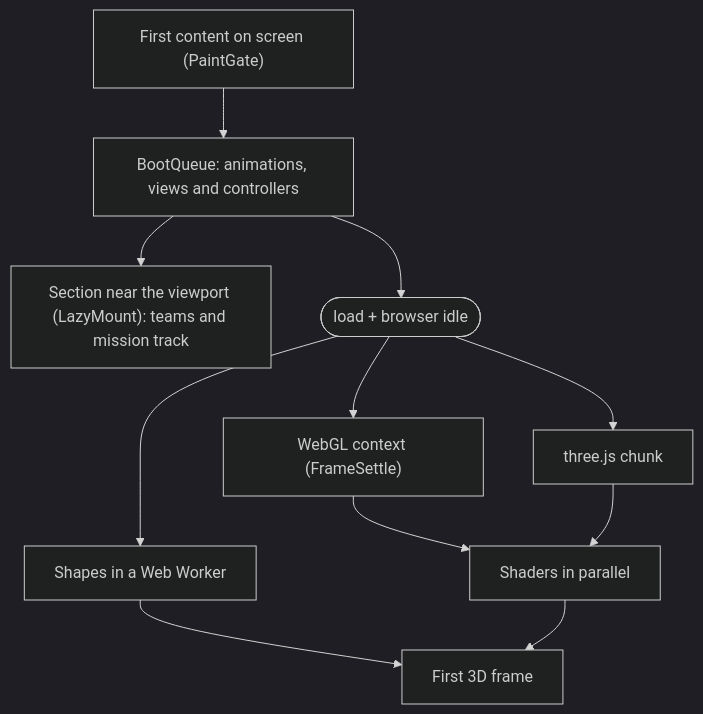
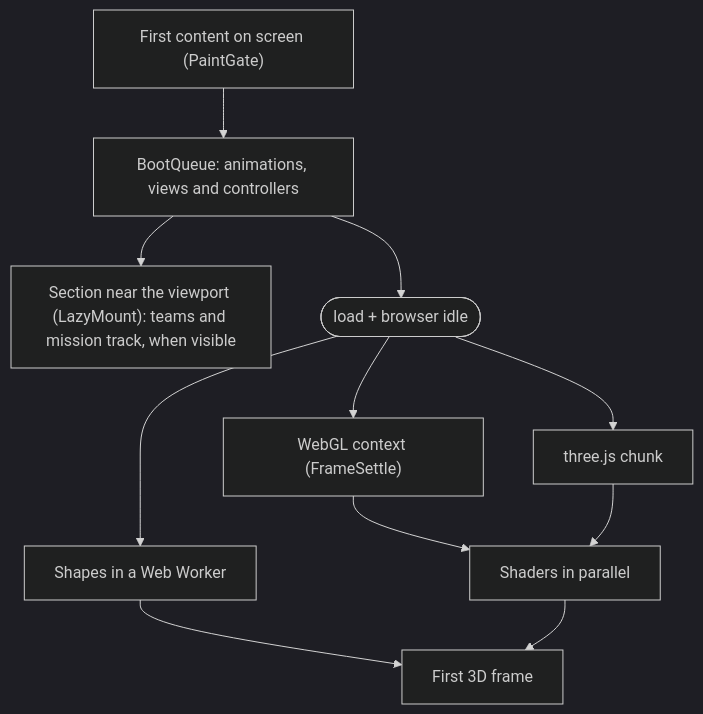
One commit to Marcos-Codfy/lp-hackarun changed the second of 2 diagrams in README.en.md. Above: the diagram before and after it, drawn with Mermaid (dark theme). The commit also changed other lines of this file and 1 other file, not shown here.

````diff
--- a/README.en.md
+++ b/README.en.md
@@ -166,13 +175,13 @@
 ```mermaid
 flowchart TB
   P["First content on screen (PaintGate)"] --> B["BootQueue: animations, views and controllers"]
-  B --> Z["Section near the viewport (LazyMount): teams and mission track"]
+  B --> Z["Section near the viewport (LazyMount): teams and mission track, when visible"]
   B --> L(["load + browser idle"])
   L --> X["three.js chunk"]
   L --> W["Shapes in a Web Worker"]
   L --> F["WebGL context (FrameSettle)"]
   F --> S["Shaders in parallel"]
   X --> S
   W --> R["First 3D frame"]
   S --> R
 ```
````
